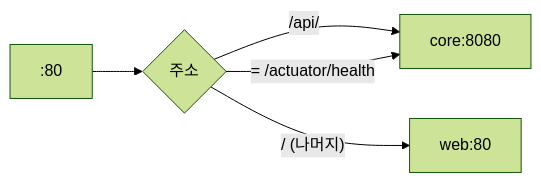
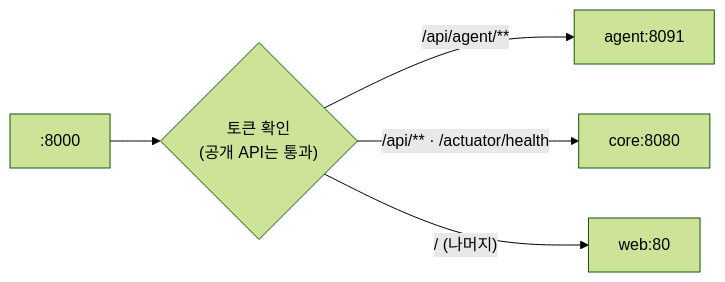
One commit to AI-go-do/docs changed the second of 3 diagrams in architecture/mvp-services.md. Above: the diagram before and after it, drawn with Mermaid (forest theme). The commit also changed other lines of this file and 3 other files, not shown here.

````diff
--- a/architecture/mvp-services.md
+++ b/architecture/mvp-services.md
@@ -43,7 +43,7 @@
 ```mermaid
 flowchart LR
-    in[":80"] --> r1{"주소"}
-    r1 -- "/api/" --> core["core:8080"]
-    r1 -- "= /actuator/health" --> core
-    r1 -- "/ (나머지)" --> web["web:80"]
+    in[":8000"] --> jwt{"토큰 확인<br/>(공개 API는 통과)"}
+    jwt -- "/api/agent/**" --> agent["agent:8091"]
+    jwt -- "/api/** · /actuator/health" --> core["core:8080"]
+    jwt -- "/ (나머지)" --> web["web:80"]
 ```
````
